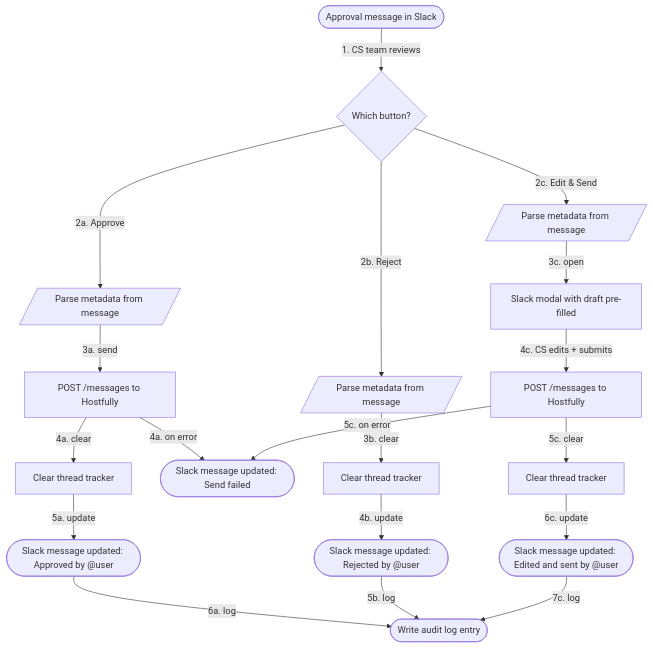
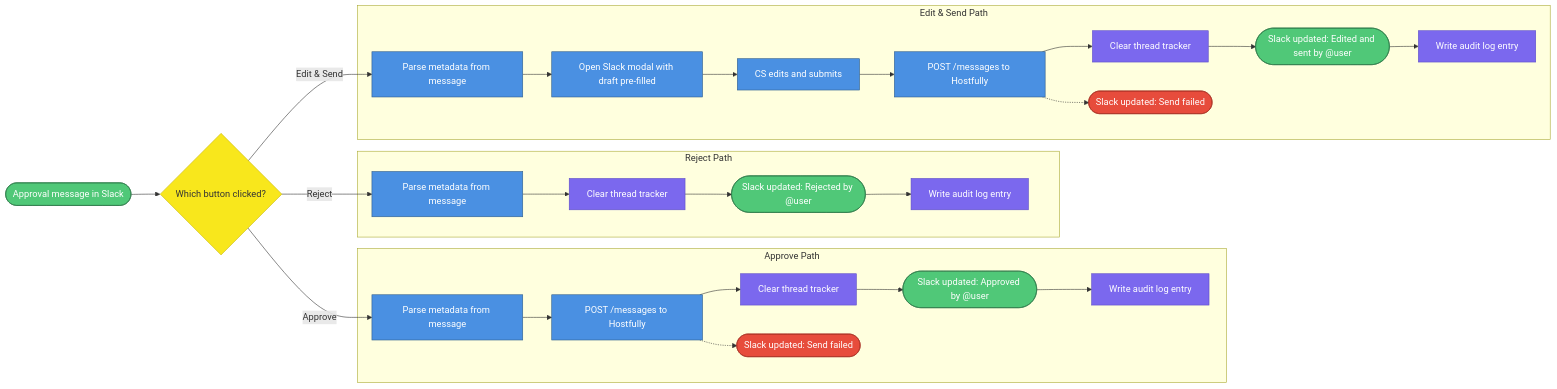
The sixth of 10 diagrams in docs/2026-03-18-1312-architecture.md (viiqswim/vlre-ai-employee), drawn with Mermaid before and after one commit.

Commit message:
docs(arch): rewrite slack approval workflow diagram

````diff
--- a/docs/2026-03-18-1312-architecture.md
+++ b/docs/2026-03-18-1312-architecture.md
@@ -316,24 +316,44 @@
 ```mermaid
-flowchart TD
-    MSG([Approval message in Slack]) -->|"1. CS team reviews"| ACT{Which button?}
+flowchart LR
+    MSG([Approval message in Slack]) --> ACT{Which button clicked?}
 
-    ACT -->|"2a. Approve"| APM[/"Parse metadata from message"/]
-    APM -->|"3a. send"| APH[POST /messages to Hostfully]
-    APH -->|"4a. clear"| APC[Clear thread tracker]
-    APC -->|"5a. update"| APR([Slack message updated: Approved by @user])
-    APH -->|"4a. on error"| ERR([Slack message updated: Send failed])
-    APR -->|"6a. log"| AUD([Write audit log entry])
+    subgraph AP["Approve Path"]
+        APM[Parse metadata from message] --> APH[POST /messages to Hostfully]
+        APH --> APC[Clear thread tracker]
+        APC --> APR([Slack updated: Approved by @user])
+        APR --> AP_AUD[Write audit log entry]
+        APH -.-> AP_ERR([Slack updated: Send failed])
+    end
 
-    ACT -->|"2b. Reject"| RJM[/"Parse metadata from message"/]
-    RJM -->|"3b. clear"| RJC[Clear thread tracker]
-    RJC -->|"4b. update"| REJ([Slack message updated: Rejected by @user])
-    REJ -->|"5b. log"| AUD
+    subgraph RJ["Reject Path"]
+        RJM[Parse metadata from message] --> RJC[Clear thread tracker]
+        RJC --> RJR([Slack updated: Rejected by @user])
+        RJR --> RJ_AUD[Write audit log entry]
+    end
 
-    ACT -->|"2c. Edit & Send"| EDM[/"Parse metadata from message"/]
-    EDM -->|"3c. open"| MOD[Slack modal with draft pre-filled]
-    MOD -->|"4c. CS edits + submits"| EDH[POST /messages to Hostfully]
-    EDH -->|"5c. clear"| EDC[Clear thread tracker]
-    EDC -->|"6c. update"| ESR([Slack message updated: Edited and sent by @user])
-    EDH -->|"5c. on error"| ERR
-    ESR -->|"7c. log"| AUD
+    subgraph ED["Edit & Send Path"]
+        EDM[Parse metadata from message] --> MOD[Open Slack modal with draft pre-filled]
+        MOD --> EDS[CS edits and submits]
+        EDS --> EDH[POST /messages to Hostfully]
+        EDH --> EDC[Clear thread tracker]
+        EDC --> ESR([Slack updated: Edited and sent by @user])
+        ESR --> ED_AUD[Write audit log entry]
+        EDH -.-> ED_ERR([Slack updated: Send failed])
+    end
+
+    ACT -->|Approve| APM
+    ACT -->|Reject| RJM
+    ACT -->|"Edit & Send"| EDM
+
+    classDef event fill:#50C878,stroke:#2D7A4A,color:#fff
+    classDef decision fill:#F8E71C,stroke:#C7B916,color:#333
+    classDef service fill:#4A90E2,stroke:#2E5C8A,color:#fff
+    classDef storage fill:#7B68EE,stroke:#5B4BC7,color:#fff
+    classDef error fill:#E74C3C,stroke:#A93226,color:#fff
+
+    class MSG,APR,RJR,ESR event
+    class ACT decision
+    class APM,APH,RJM,EDM,MOD,EDS,EDH service
+    class APC,AP_AUD,RJC,RJ_AUD,EDC,ED_AUD storage
+    class AP_ERR,ED_ERR error
 ```
````
